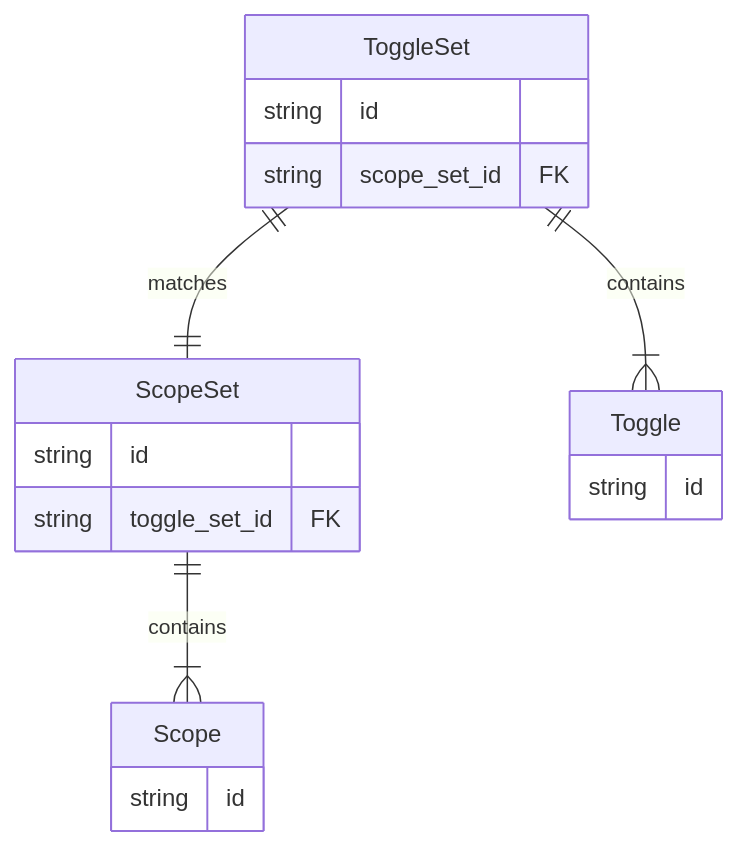
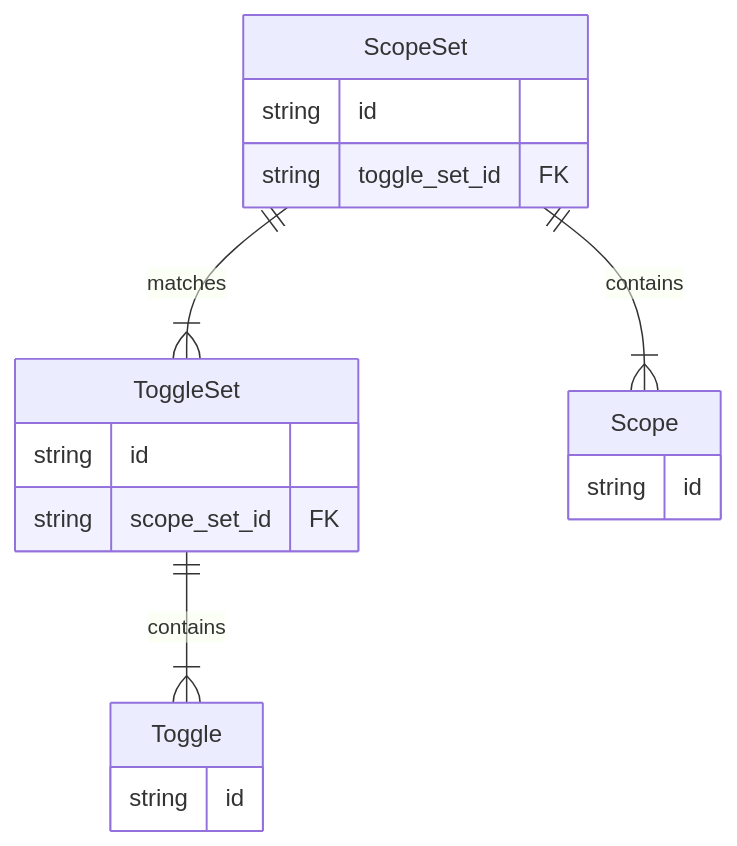
One commit to programmablemike/toggle changed the second of 4 diagrams in README.md. Above: the diagram before and after it, drawn with Mermaid.

Commit message:
Fixing the ERD. It's possible to have many ToggleSets bound to a single ScopeSet

````diff
--- a/README.md
+++ b/README.md
@@ -86,21 +86,21 @@
 ```mermaid
 erDiagram
     ToggleSet {
         string id
         string scope_set_id FK
 
     }
     ScopeSet {
         string id
         string toggle_set_id FK
     }
     Toggle {
         string id
     }
     Scope {
         string id
     }
-    ToggleSet ||--|| ScopeSet : matches
+    ScopeSet ||--|{ ToggleSet : matches
     ScopeSet ||--|{ Scope : contains
     ToggleSet ||--|{ Toggle : contains
 ```
````
